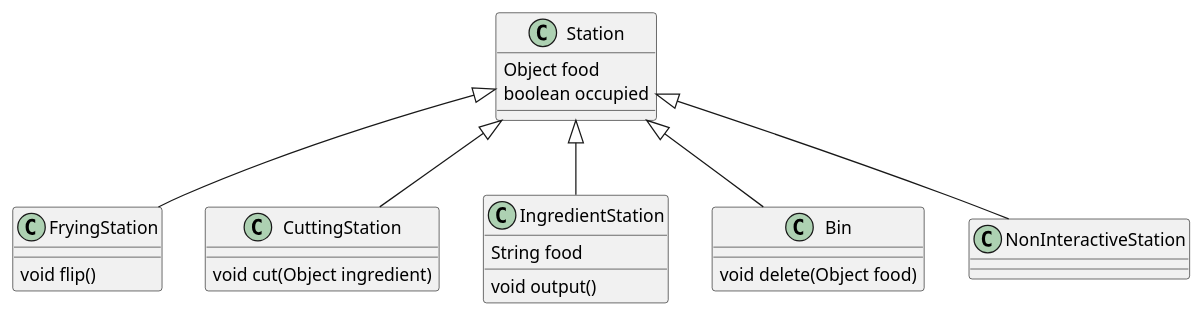
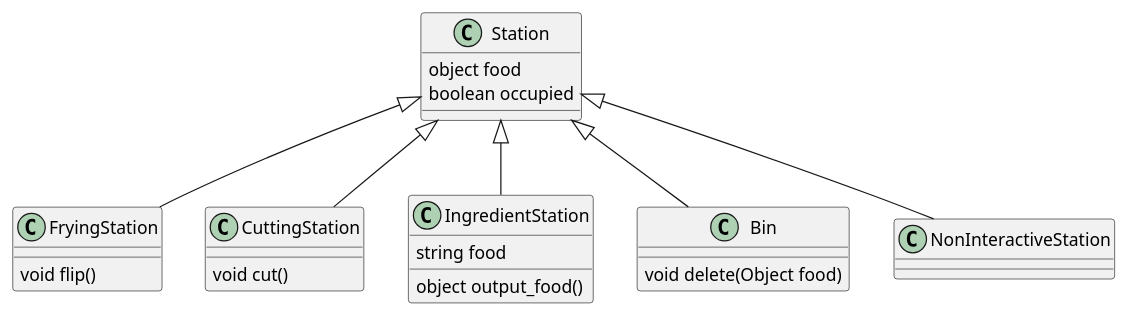
One commit to Runtime-Terrors-Team-5/UML-Diagrams changed the diagram in Architecture Diagrams/Class Diagrams/Class Station Diagrams.wsd. Above: the diagram before and after it, drawn with PlantUML. The commit also changed 2 other files, not shown here.

Commit message:
food objects added and its associations
added base line food objects and its inheritance relationships. Its also in the package Food_Objects which has a one to one relationship with the class ingredient station. Each station only releases one type of food

```diff
--- a/Architecture Diagrams/Class Diagrams/Class Station Diagrams.wsd
+++ b/Architecture Diagrams/Class Diagrams/Class Station Diagrams.wsd
@@ -1,25 +1,25 @@
 @startuml
 class Station{
-    Object food 
+    object food
     boolean occupied
 }
 class FryingStation{
     void flip()
 }
 class CuttingStation{
-    void cut(Object ingredient)
+    void cut()
 }
 class IngredientStation{
-    String food
-    void output()
+    string food
+    object output_food()
 }
 Class Bin{
     void delete(Object food)
 }
 class NonInteractiveStation{}
 Station <|-- FryingStation
 Station <|-- CuttingStation
 Station <|-- IngredientStation
 Station <|-- Bin
 Station <|-- NonInteractiveStation
 @enduml
```
